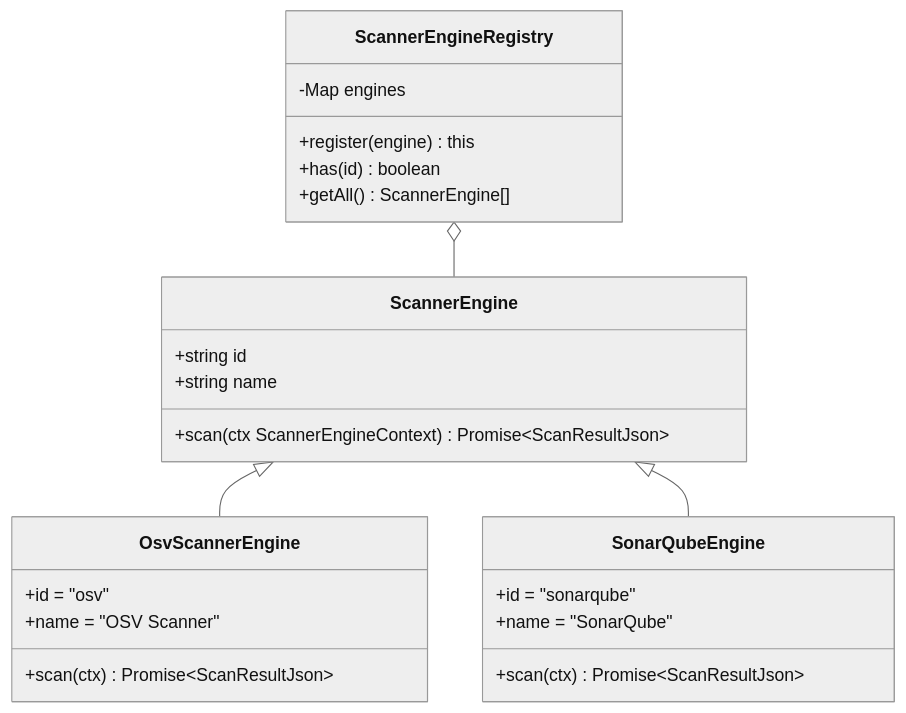
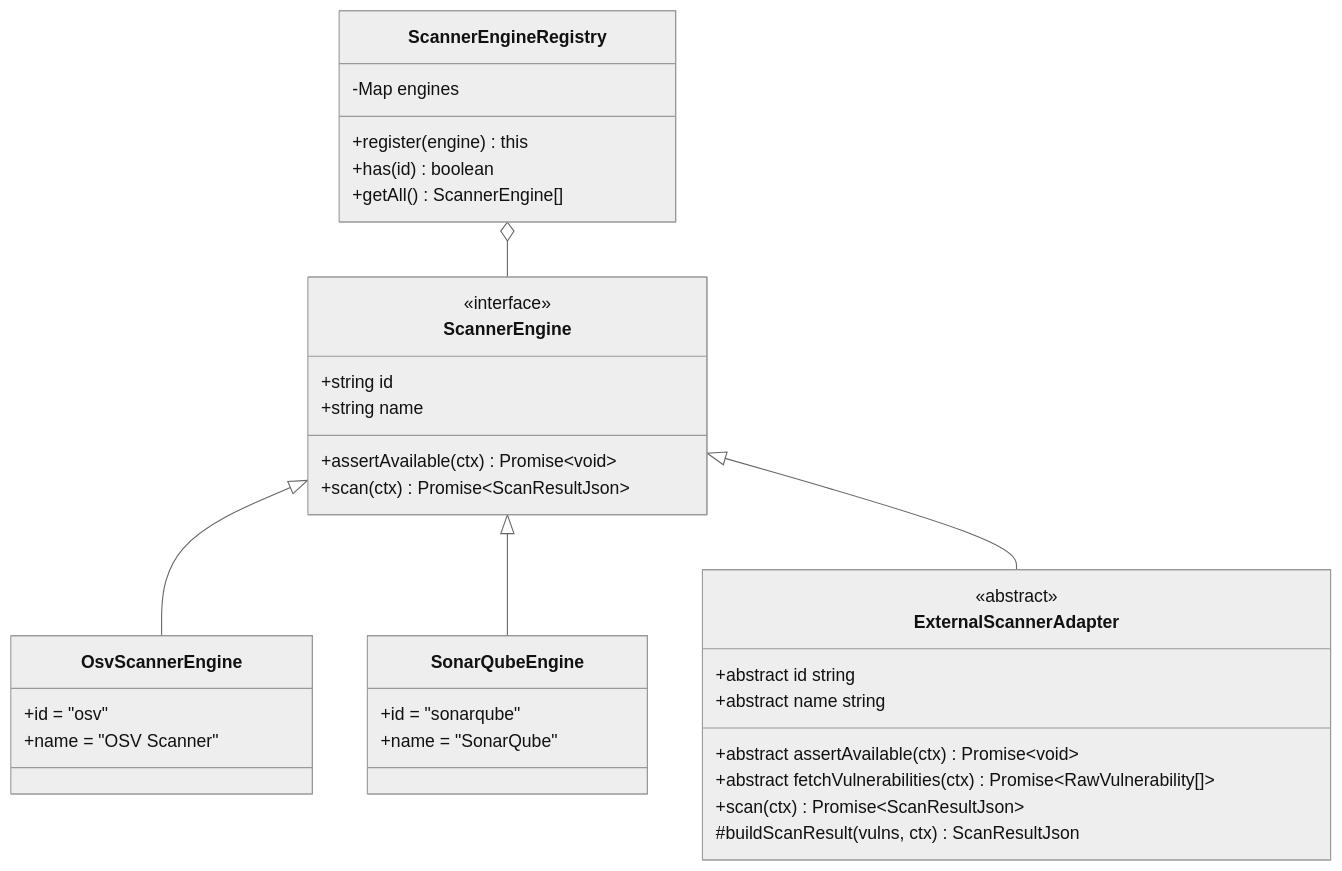
The fifth of 10 diagrams in docs/architecture.md (ejklock/deep-health), drawn with Mermaid (neutral theme) before and after one commit. The commit also changed other lines of this file and 1 other file, not shown here.

````diff
--- a/docs/architecture.md
+++ b/docs/architecture.md
@@ -272,31 +272,42 @@
 ```mermaid
 classDiagram
     class ScannerEngine {
+        <<interface>>
         +string id
         +string name
-        +scan(ctx ScannerEngineContext) Promise~ScanResultJson~
+        +assertAvailable(ctx) Promise~void~
+        +scan(ctx) Promise~ScanResultJson~
+    }
+
+    class ExternalScannerAdapter {
+        <<abstract>>
+        +abstract id string
+        +abstract name string
+        +abstract assertAvailable(ctx) Promise~void~
+        +abstract fetchVulnerabilities(ctx) Promise~RawVulnerability[]~
+        +scan(ctx) Promise~ScanResultJson~
+        #buildScanResult(vulns, ctx) ScanResultJson
     }
 
     class OsvScannerEngine {
         +id = "osv"
         +name = "OSV Scanner"
-        +scan(ctx) Promise~ScanResultJson~
     }
 
     class SonarQubeEngine {
         +id = "sonarqube"
         +name = "SonarQube"
-        +scan(ctx) Promise~ScanResultJson~
     }
 
     class ScannerEngineRegistry {
         -Map engines
         +register(engine) this
         +has(id) boolean
         +getAll() ScannerEngine[]
     }
 
     ScannerEngine <|-- OsvScannerEngine
     ScannerEngine <|-- SonarQubeEngine
+    ScannerEngine <|-- ExternalScannerAdapter
     ScannerEngineRegistry o-- ScannerEngine
 ```
````
